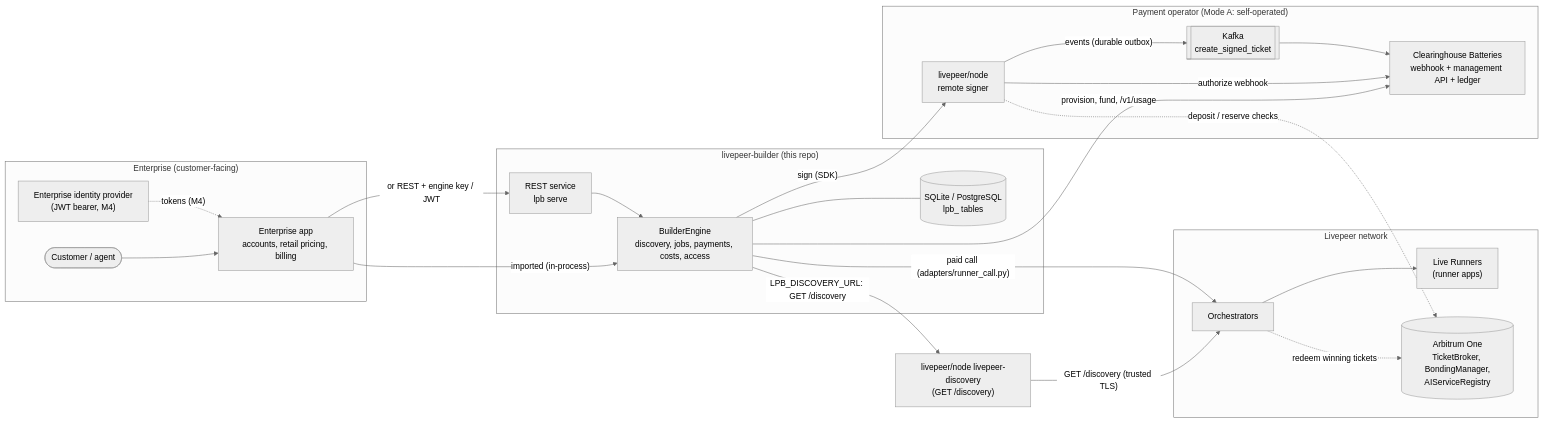
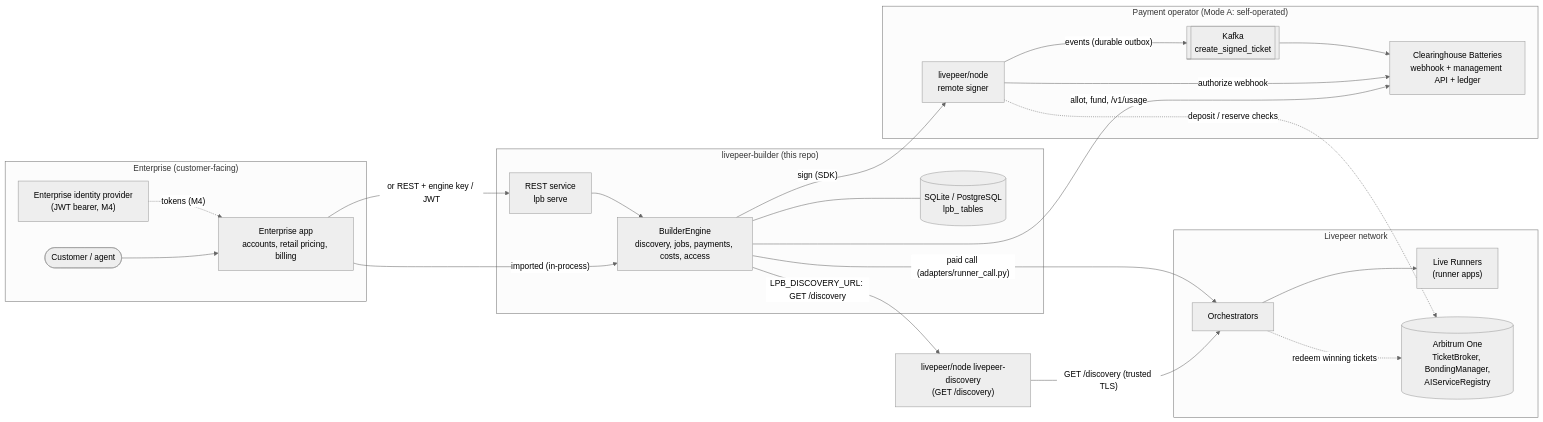
One commit to NE-Build-Track/livepeer-builder-core changed the first of 12 diagrams in docs/design-docs/architecture-diagrams.md. Above: the diagram before and after it, drawn with Mermaid (neutral theme). The commit also changed other lines of this file and 99 other files, not shown here.

First line of the commit message:
refactor(payments)!: provision becomes allot (#163)

````diff
--- a/docs/design-docs/architecture-diagrams.md
+++ b/docs/design-docs/architecture-diagrams.md
@@ -16,38 +16,38 @@
 ```mermaid
 flowchart LR
     subgraph Enterprise["Enterprise (customer-facing)"]
         User(["Customer / agent"])
         App["Enterprise app<br/>accounts, retail pricing, billing"]
         IdP["Enterprise identity provider<br/>(JWT bearer, M4)"]
     end
     subgraph Engine["livepeer-builder (this repo)"]
         API["REST service<br/>lpb serve"]
         Core["BuilderEngine<br/>discovery, jobs, payments, costs, access"]
         DB[("SQLite / PostgreSQL<br/>lpb_ tables")]
     end
     subgraph Payments["Payment operator (Mode A: self-operated)"]
         Signer["livepeer/node<br/>remote signer"]
         Bat["Clearinghouse Batteries<br/>webhook + management API + ledger"]
         Kafka[["Kafka<br/>create_signed_ticket"]]
     end
     subgraph Network["Livepeer network"]
         Orch["Orchestrators"]
         Runner["Live Runners<br/>(runner apps)"]
         Chain[("Arbitrum One<br/>TicketBroker, BondingManager,<br/>AIServiceRegistry")]
     end
     DiscSvc["livepeer/node livepeer-discovery<br/>(GET /discovery)"]
     User --> App
     App -->|"imported (in-process)"| Core
     App -->|"or REST + engine key / JWT"| API --> Core
     IdP -.->|"tokens (M4)"| App
     Core --- DB
     Core -->|"sign (SDK)"| Signer
     Core -->|"LPB_DISCOVERY_URL: GET /discovery"| DiscSvc
     DiscSvc -->|"GET /discovery (trusted TLS)"| Orch
-    Core -->|"provision, fund, /v1/usage"| Bat
+    Core -->|"allot, fund, /v1/usage"| Bat
     Core -->|"paid call (adapters/runner_call.py)"| Orch --> Runner
     Signer -->|"authorize webhook"| Bat
     Signer -->|"events (durable outbox)"| Kafka --> Bat
     Signer -.->|"deposit / reserve checks"| Chain
     Orch -.->|"redeem winning tickets"| Chain
 ```
````
